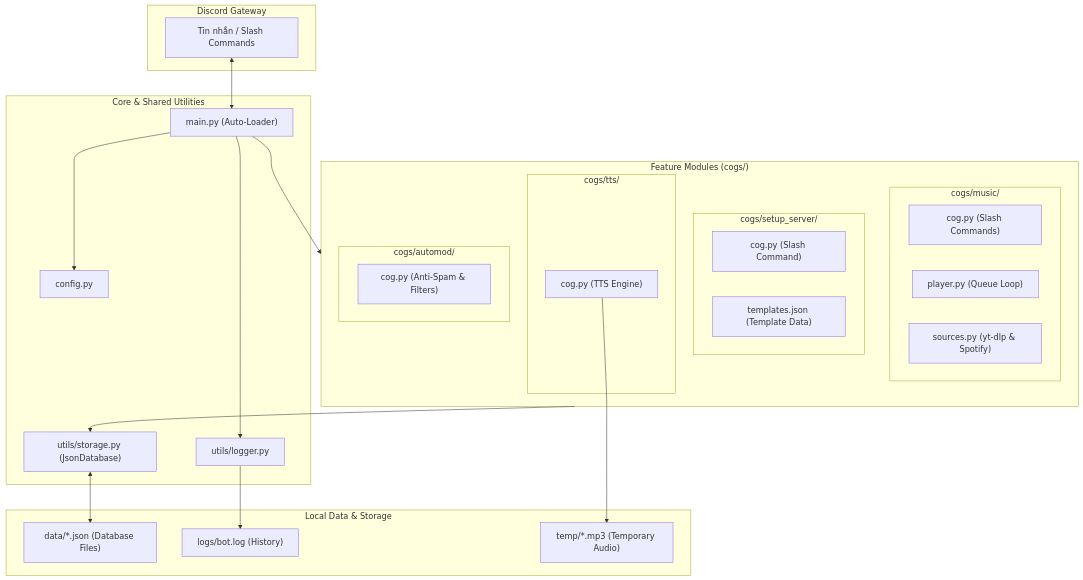
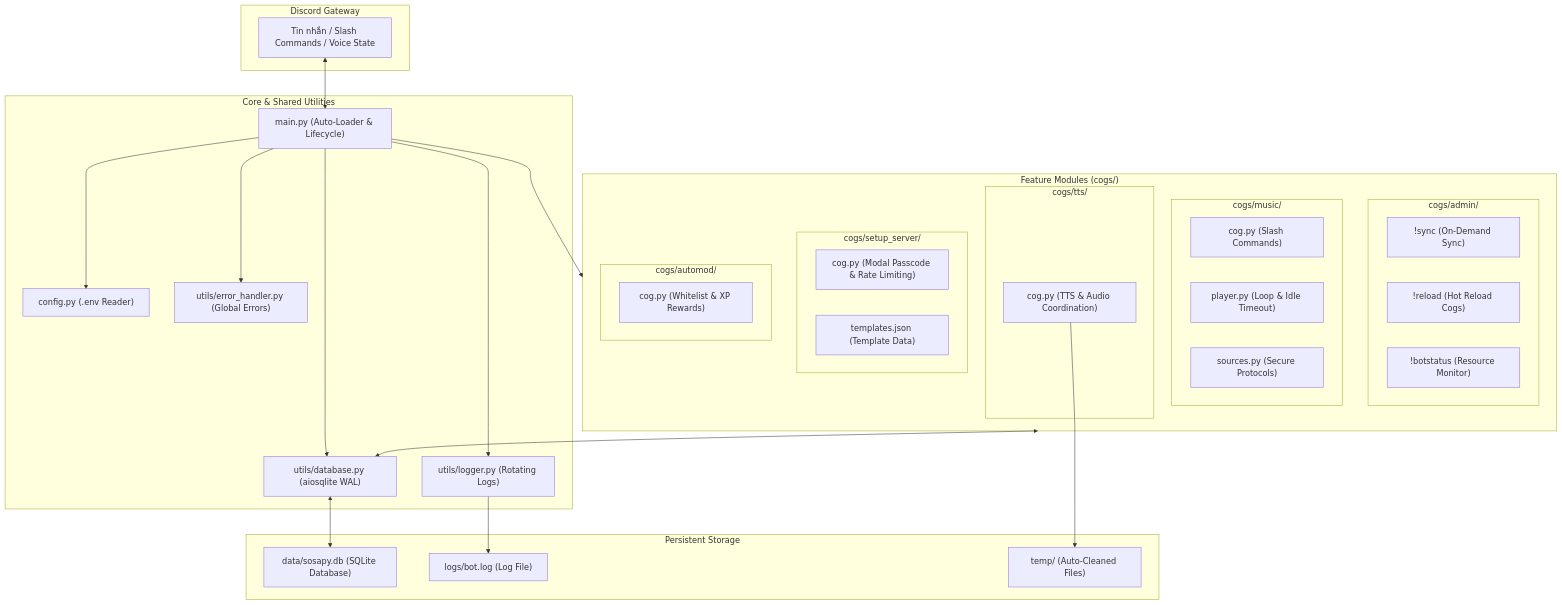
Before and after one commit to vdng05/DiscordBot_Sosa: the diagram in README.md, drawn with Mermaid. The commit also changed other lines of this file and 14 other files, not shown here.

Commit message:
feat(architecture): integrate aiosqlite with WAL mode, admin sync cog, modal security, and dockerfile

````diff
--- a/README.md
+++ b/README.md
@@ -69,48 +70,55 @@
 ```mermaid
 flowchart TD
     subgraph Discord_Platform["Discord Gateway"]
-        Events["Tin nhắn / Slash Commands"]
+        Events["Tin nhắn / Slash Commands / Voice State"]
     end
 
     subgraph Core_Engine["Core & Shared Utilities"]
-        Main["main.py (Auto-Loader)"]
-        Config["config.py"]
-        Logger["utils/logger.py"]
-        Storage["utils/storage.py (JsonDatabase)"]
+        Main["main.py (Auto-Loader & Lifecycle)"]
+        Config["config.py (.env Reader)"]
+        Logger["utils/logger.py (Rotating Logs)"]
+        Database["utils/database.py (aiosqlite WAL)"]
+        ErrorHandler["utils/error_handler.py (Global Errors)"]
     end
 
     subgraph Feature_Folders["Feature Modules (cogs/)"]
+        subgraph Admin_Module["cogs/admin/"]
+            CmdSync["!sync (On-Demand Sync)"]
+            CmdReload["!reload (Hot Reload Cogs)"]
+            CmdStatus["!botstatus (Resource Monitor)"]
+        end
+
         subgraph Music_Module["cogs/music/"]
             M_Cog["cog.py (Slash Commands)"]
-            M_Player["player.py (Queue Loop)"]
-            M_Src["sources.py (yt-dlp & Spotify)"]
+            M_Player["player.py (Loop & Idle Timeout)"]
+            M_Src["sources.py (Secure Protocols)"]
+        end
+
+        subgraph TTS_Module["cogs/tts/"]
+            T_Cog["cog.py (TTS & Audio Coordination)"]
         end
 
         subgraph Setup_Module["cogs/setup_server/"]
-            S_Cog["cog.py (Slash Command)"]
+            S_Cog["cog.py (Modal Passcode & Rate Limiting)"]
             S_Json["templates.json (Template Data)"]
         end
 
-        subgraph TTS_Module["cogs/tts/"]
-            T_Cog["cog.py (TTS Engine)"]
-        end
-
         subgraph AutoMod_Module["cogs/automod/"]
-            A_Cog["cog.py (Anti-Spam & Filters)"]
+            A_Cog["cog.py (Whitelist & XP Rewards)"]
         end
     end
 
-    subgraph Persistent_Data["Local Data & Storage"]
-        DataDir["data/*.json (Database Files)"]
-        LogsDir["logs/bot.log (History)"]
-        TempDir["temp/*.mp3 (Temporary Audio)"]
+    subgraph Storage_Layer["Persistent Storage"]
+        DBFile["data/sosapy.db (SQLite Database)"]
+        LogsFolder["logs/bot.log (Log File)"]
+        TempFolder["temp/ (Auto-Cleaned Files)"]
     end
 
     Events <--> Main
-    Main --> Config & Logger
+    Main --> Config & Logger & Database & ErrorHandler
     Main --> Feature_Folders
-    Feature_Folders --> Storage
-    Storage <--> DataDir
-    Logger --> LogsDir
-    T_Cog --> TempDir
+    Feature_Folders <--> Database
+    Database <--> DBFile
+    Logger --> LogsFolder
+    T_Cog --> TempFolder
 ```
````
